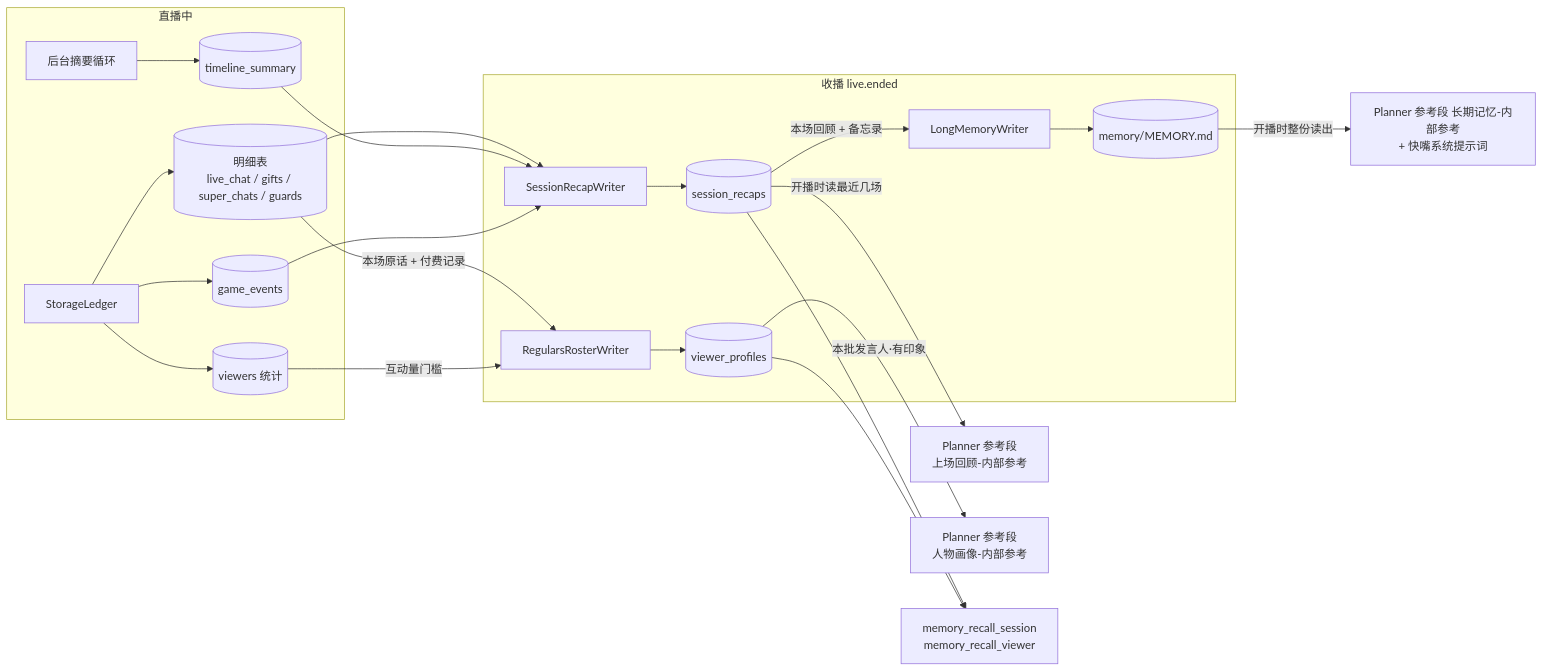
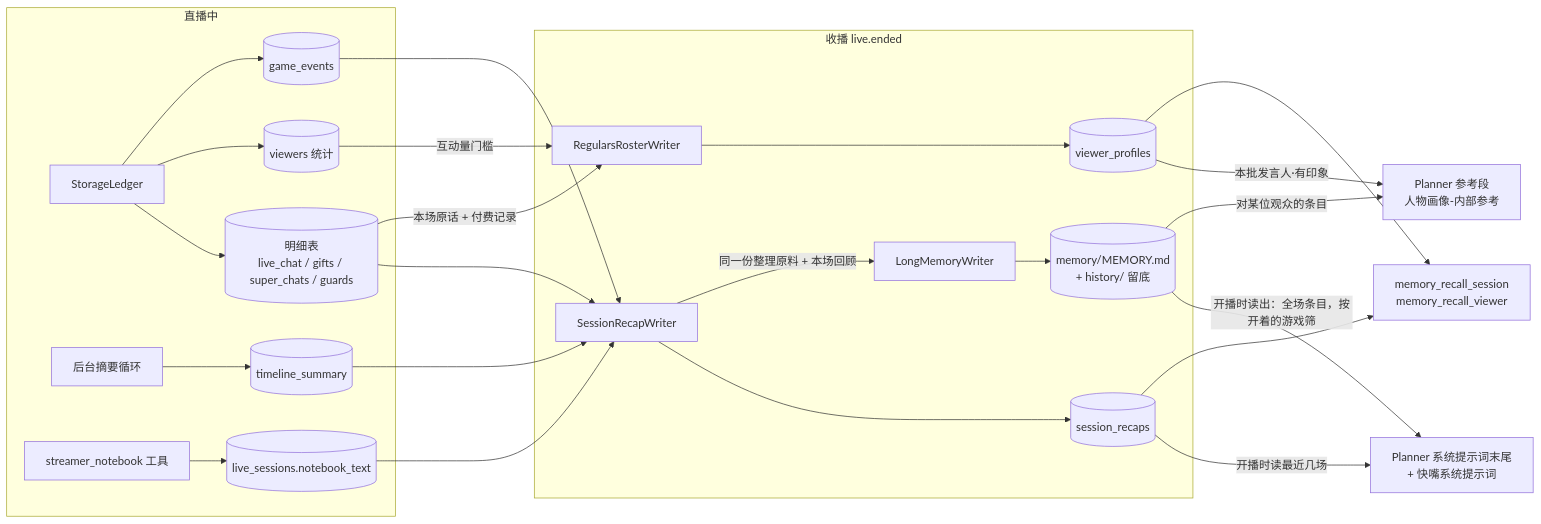
One commit to Mai-with-u/Amaidesu changed the diagram in docs/architecture/streamer-memory.md. Above: the diagram before and after it, drawn with Mermaid. The commit also changed other lines of this file and 4 other files, not shown here.

````diff
--- a/docs/architecture/streamer-memory.md
+++ b/docs/architecture/streamer-memory.md
@@ -17,22 +19,24 @@
 ```mermaid
 flowchart LR
     subgraph 直播中
         L[StorageLedger] --> D[(明细表<br/>live_chat / gifts / super_chats / guards)]
         L --> V[(viewers 统计)]
         L --> G[(game_events)]
         B[后台摘要循环] --> T[(timeline_summary)]
+        NB[streamer_notebook 工具] --> NS[(live_sessions.notebook_text)]
     end
     subgraph 收播 live.ended
         R[SessionRecapWriter] --> SR[(session_recaps)]
-        M[LongMemoryWriter] --> MF[(memory/MEMORY.md)]
+        M[LongMemoryWriter] --> MF[(memory/MEMORY.md<br/>+ history/ 留底)]
         W[RegularsRosterWriter] --> VP[(viewer_profiles)]
     end
-    SR -->|本场回顾 + 备忘录| M
-    D & T & G --> R
+    D & T & G & NS --> R
+    R -->|同一份整理原料 + 本场回顾| M
     D -->|本场原话 + 付费记录| W
     V -->|互动量门槛| W
-    MF -->|开播时整份读出| LM[Planner 参考段 长期记忆-内部参考<br/>+ 快嘴系统提示词]
-    SR -->|开播时读最近几场| P[Planner 参考段<br/>上场回顾-内部参考]
+    MF -->|开播时读出：全场条目，按开着的游戏筛| SP[Planner 系统提示词末尾<br/>+ 快嘴系统提示词]
+    MF -->|对某位观众的条目| Q
+    SR -->|开播时读最近几场| SP
     VP -->|本批发言人·有印象| Q[Planner 参考段<br/>人物画像-内部参考]
     SR & VP --> TOOLS[memory_recall_session<br/>memory_recall_viewer]
 ```
````
